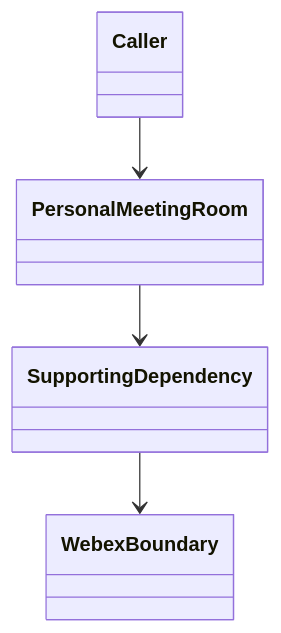
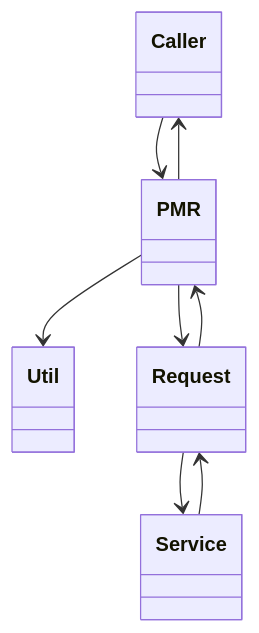
Before and after one commit to webex/webex-js-sdk: the fourth of 4 diagrams in packages/@webex/plugin-meetings/src/personal-meeting-room/ai-docs/personal-meeting-room-spec.md, drawn with Mermaid. The commit also changed other lines of this file and 26 other files, not shown here.

````diff
--- a/packages/@webex/plugin-meetings/src/personal-meeting-room/ai-docs/personal-meeting-room-spec.md
+++ b/packages/@webex/plugin-meetings/src/personal-meeting-room/ai-docs/personal-meeting-room-spec.md
@@ -142,10 +151,15 @@
 ```mermaid
 classDiagram
   class Caller
-  class PersonalMeetingRoom
-  class SupportingDependency
-  class WebexBoundary
-  Caller --> PersonalMeetingRoom
-  PersonalMeetingRoom --> SupportingDependency
-  SupportingDependency --> WebexBoundary
+  class PMR
+  class Util
+  class Request
+  class Service
+  Caller --> PMR
+  PMR --> Util
+  PMR --> Request
+  Request --> Service
+  Service --> Request
+  Request --> PMR
+  PMR --> Caller
 ```
````
